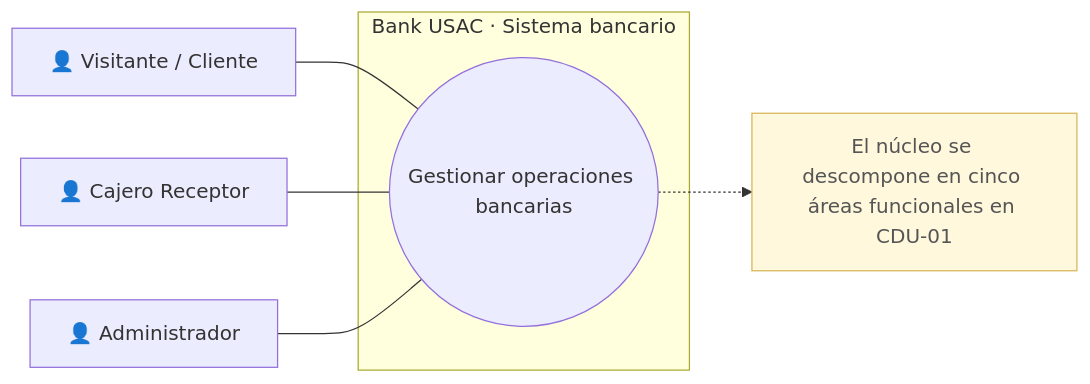
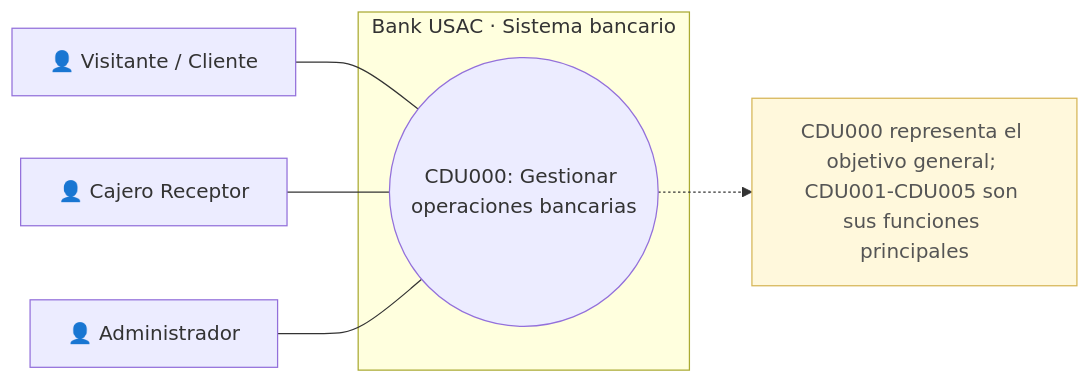
Before and after one commit to marcosbondel/Proyecto-SA-B-2: the diagram in docs/architecture/diagrams/cdu/00-alto-nivel.mmd, drawn with Mermaid. The commit also changed 62 other files, not shown here.

Commit message:
Reorganize CDU diagrams by numbered use cases

```diff
--- a/docs/architecture/diagrams/cdu/00-alto-nivel.mmd
+++ b/docs/architecture/diagrams/cdu/00-alto-nivel.mmd
@@ -1,17 +1,17 @@
 flowchart LR
     visitor["👤 Visitante / Cliente"]
     teller["👤 Cajero Receptor"]
     admin["👤 Administrador"]
 
     subgraph bank["Bank USAC · Sistema bancario"]
-        core(("Gestionar operaciones bancarias"))
+        core(("CDU000: Gestionar operaciones bancarias"))
     end
 
     visitor --- core
     teller --- core
     admin --- core
 
-    note["El núcleo se descompone en cinco áreas funcionales en CDU-01"]:::note
+    note["CDU000 representa el objetivo general; CDU001-CDU005 son sus funciones principales"]:::note
     core -.-> note
 
     classDef note fill:#FFF8DC,stroke:#D6B656,color:#555555;
```
